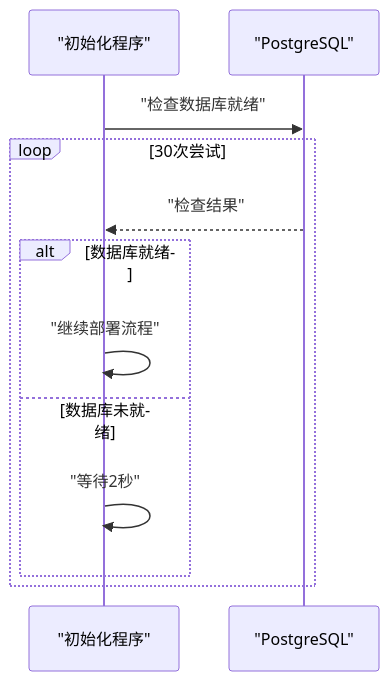
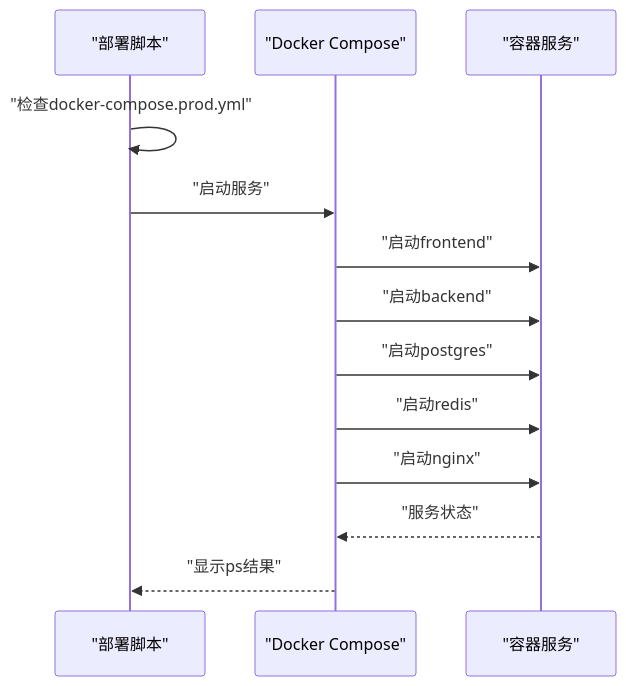
Before and after one commit to LouisFantansy/Budget_Mgt_Enterprise: the sixth of 15 diagrams in .qoder/repowiki/zh/content/部署运维.md, drawn with Mermaid. The commit also changed other lines of this file and 4 other files, not shown here.

````diff
--- a/.qoder/repowiki/zh/content/部署运维.md
+++ b/.qoder/repowiki/zh/content/部署运维.md
@@ -249,14 +244,15 @@
 ```mermaid
 sequenceDiagram
-participant Init as "初始化程序"
-participant DB as "PostgreSQL"
-Init->>DB : "检查数据库就绪"
-loop 30次尝试
-DB-->>Init : "检查结果"
-alt 数据库就绪
-Init->>Init : "继续部署流程"
-else 数据库未就绪
-Init->>Init : "等待2秒"
-end
-end
+participant Deploy as "部署脚本"
+participant Compose as "Docker Compose"
+participant Services as "容器服务"
+Deploy->>Deploy : "检查docker-compose.prod.yml"
+Deploy->>Compose : "启动服务"
+Compose->>Services : "启动frontend"
+Compose->>Services : "启动backend"
+Compose->>Services : "启动postgres"
+Compose->>Services : "启动redis"
+Compose->>Services : "启动nginx"
+Services-->>Compose : "服务状态"
+Compose-->>Deploy : "显示ps结果"
 ```
````
